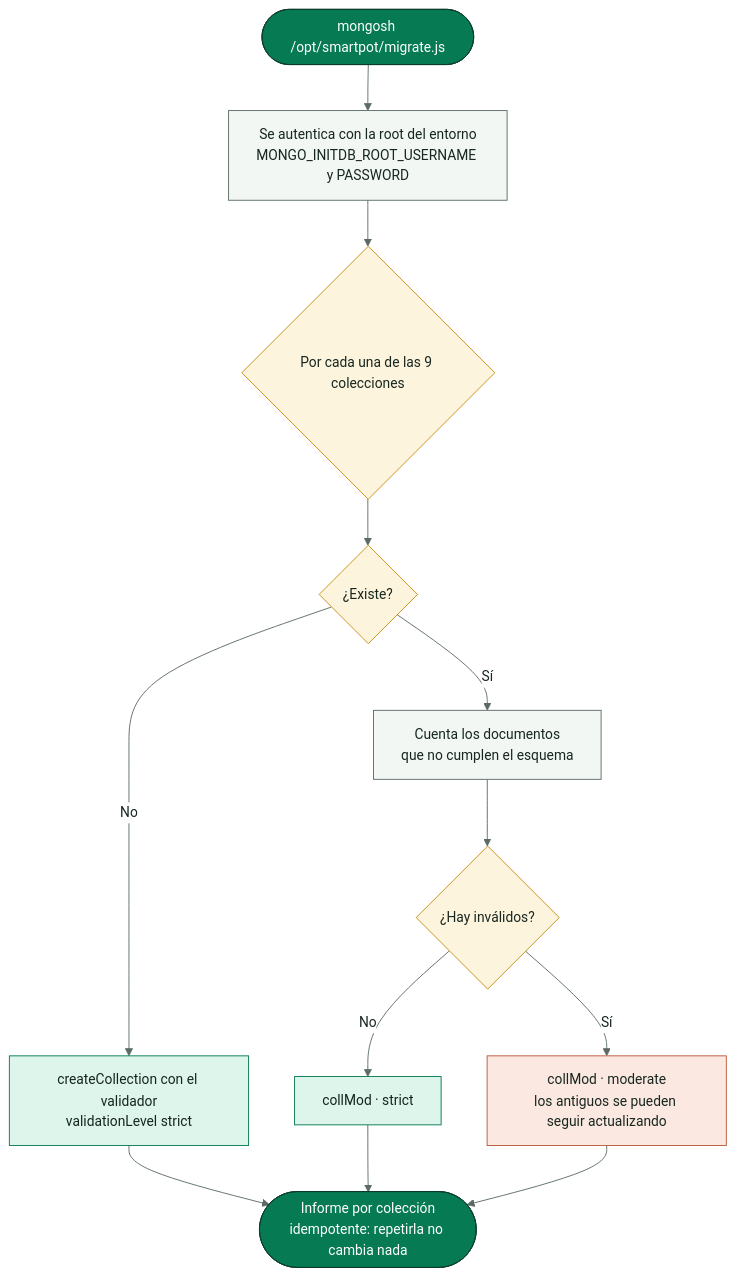
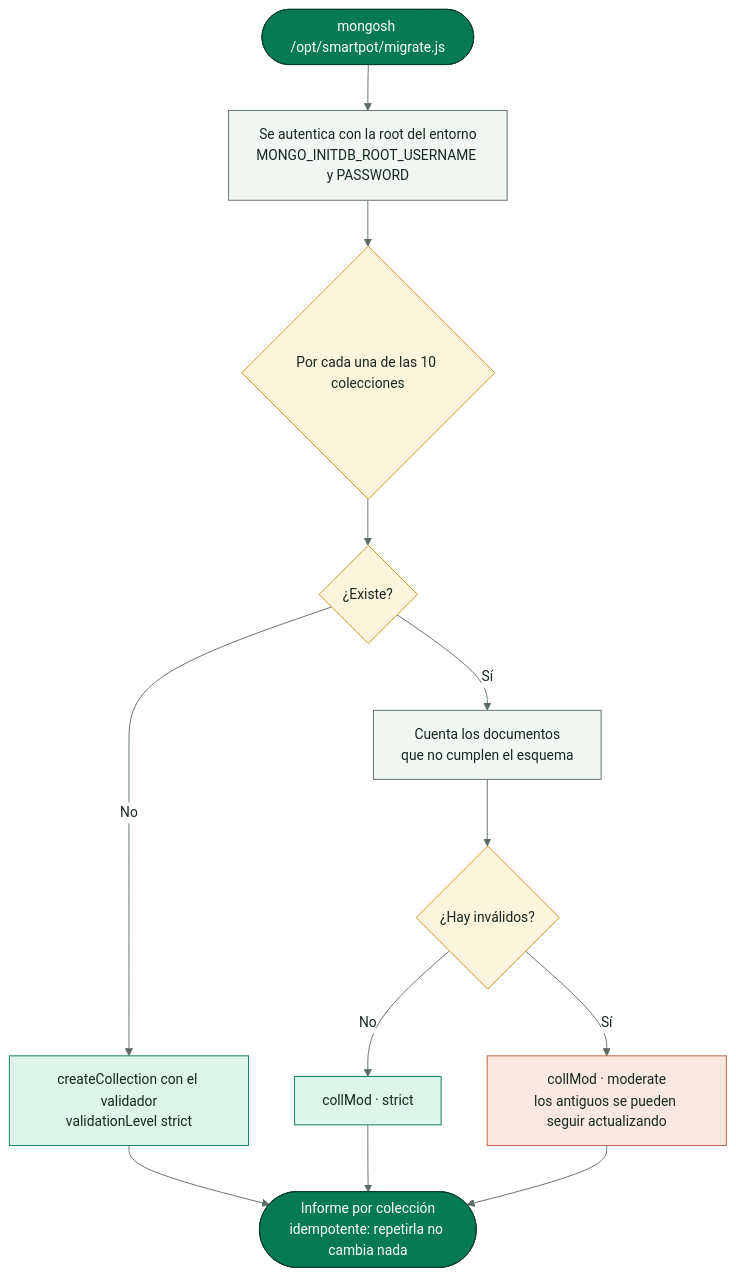
The diagram in docs/diagrams/SmartPot_DB_02_Migration_Flow.mmd (SmartPotTech/SmartPot-DB), drawn with Mermaid before and after one commit.

Commit message:
Migrate ten collections in the migration flow diagram
crop_channels joined the collections the migration applies.

```diff
--- a/docs/diagrams/SmartPot_DB_02_Migration_Flow.mmd
+++ b/docs/diagrams/SmartPot_DB_02_Migration_Flow.mmd
@@ -1,23 +1,23 @@
 %%{init: {"theme": "base", "fontFamily": "Segoe UI, Arial, sans-serif", "themeVariables": {"fontFamily": "Segoe UI, Arial, sans-serif", "fontSize": "15px", "primaryColor": "#DDF5EA", "primaryTextColor": "#17261F", "primaryBorderColor": "#067A52", "secondaryColor": "#E3F2FB", "secondaryTextColor": "#17261F", "secondaryBorderColor": "#1F6FA0", "tertiaryColor": "#F2F7F4", "tertiaryTextColor": "#17261F", "tertiaryBorderColor": "#D5E3DC", "lineColor": "#5B6B63", "textColor": "#17261F", "mainBkg": "#DDF5EA", "nodeBorder": "#067A52", "clusterBkg": "#F7FAF8", "clusterBorder": "#D5E3DC", "edgeLabelBackground": "#FFFFFF", "actorBkg": "#067A52", "actorBorder": "#0B3D2B", "actorTextColor": "#FFFFFF", "actorLineColor": "#5B6B63", "signalColor": "#17261F", "signalTextColor": "#17261F", "labelBoxBkgColor": "#0B3D2B", "labelBoxBorderColor": "#0B3D2B", "labelTextColor": "#FFFFFF", "loopTextColor": "#0B3D2B", "noteBkgColor": "#FDF4DD", "noteBorderColor": "#C98D12", "noteTextColor": "#17261F", "activationBkgColor": "#DDF5EA", "activationBorderColor": "#067A52", "attributeBackgroundColorOdd": "#FFFFFF", "attributeBackgroundColorEven": "#F2F7F4"}}}%%
 flowchart TB
   start(["mongosh /opt/smartpot/migrate.js"]) --> auth["Se autentica con la root del entorno<br/>MONGO_INITDB_ROOT_USERNAME y PASSWORD"]
-  auth --> each{"Por cada una de las 9 colecciones"}
+  auth --> each{"Por cada una de las 10 colecciones"}
   each --> exists{"¿Existe?"}
   exists -->|"No"| create["createCollection con el validador<br/>validationLevel strict"]
   exists -->|"Sí"| count["Cuenta los documentos<br/>que no cumplen el esquema"]
   count --> invalid{"¿Hay inválidos?"}
   invalid -->|"No"| strict["collMod · strict"]
   invalid -->|"Sí"| moderate["collMod · moderate<br/>los antiguos se pueden seguir actualizando"]
   create & strict & moderate --> report(["Informe por colección<br/>idempotente: repetirla no cambia nada"])
   classDef leaf fill:#DDF5EA,stroke:#067A52,color:#17261F
   classDef water fill:#E3F2FB,stroke:#1F6FA0,color:#17261F
   classDef sun fill:#FDF4DD,stroke:#C98D12,color:#17261F
   classDef clay fill:#FBE9E1,stroke:#B85A38,color:#17261F
   classDef core fill:#067A52,stroke:#0B3D2B,color:#FFFFFF
   classDef deep fill:#0B3D2B,stroke:#06281C,color:#FFFFFF
   classDef muted fill:#F2F7F4,stroke:#5B6B63,color:#17261F
   class start,report core
   class each,exists,invalid sun
   class auth,count muted
   class create,strict leaf
   class moderate clay
```
